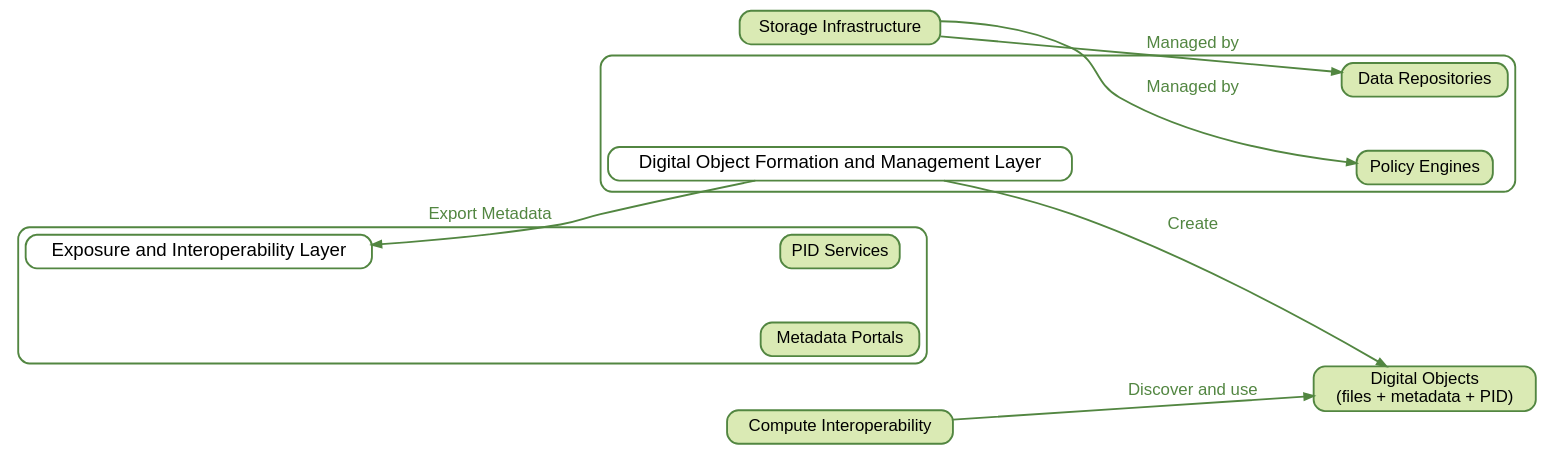
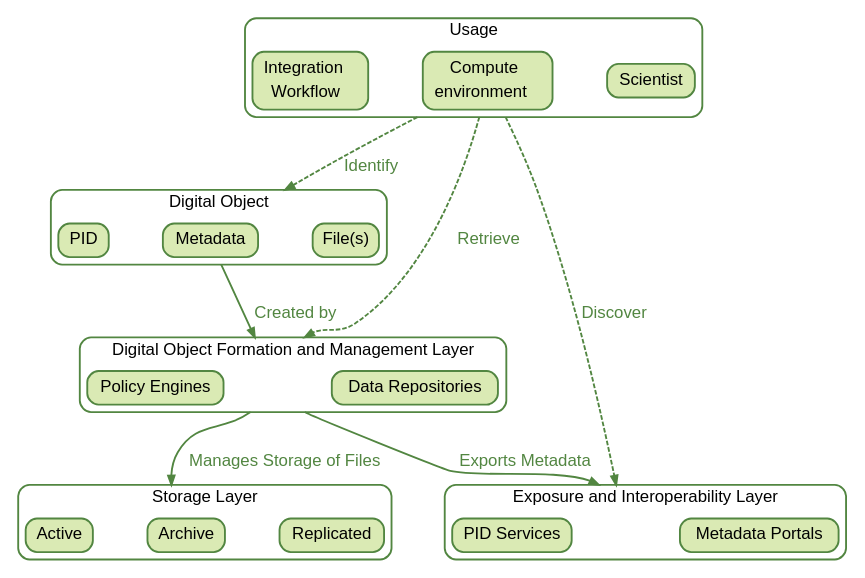
One commit to chStaiger/rdm-tech-foundations changed the diagram in book/rdm-infra-intro.qmd. Above: the diagram before and after it, drawn with Graphviz. The commit also changed other lines of this file, not shown here.

Commit message:
Review Intro to RDM infrastructure (#69)
* Improve text and figure

* minor fixes

---------

````diff
--- a/book/rdm-infra-intro.qmd
+++ b/book/rdm-infra-intro.qmd
@@ -30,12 +34,13 @@
 digraph rdm_layers {
 
     graph [
-        rankdir=LR,
+        rankdir=TB,
         bgcolor="white",
         fontname="Helvetica",
         fontsize=18,
         nodesep=0.8,
-        ranksep=1.4
+        ranksep=1.4,
+        compound=True
     ];
 
     node [
@@ -56,89 +61,84 @@
         penwidth=2
     ];
 
-    // ----------------------------------------------------
-    // Top: Digital Objects
-    // ----------------------------------------------------
-    DO [label="Digital Objects\n(files + metadata + PID)"];
-
-    // ----------------------------------------------------
-    // Exposure Layer
-    // ----------------------------------------------------
-    subgraph cluster_exposure {
-        label="";
+    subgraph cluster_compute {
         color="#528641";
         penwidth=2;
         style="rounded";
+        label="Usage"
 
-        ExposureHeader [
-            label="Exposure and Interoperability Layer",
-            shape=box,
-            style="rounded",
-            color="#528641",
-            fillcolor="white",
-            penwidth=2,
-            fontsize=20
-        ];
-
-        M [label="Metadata Portals"];
-        P [label="PID Services"];
-
-        // Vertical stacking
-        ExposureHeader -> M [style=invis, weight=50];
-        ExposureHeader -> P [style=invis, weight=50];
+        U [label="Scientist"];
+        W [label=<
+            <TABLE BORDER="0" CELLBORDER="0">
+            <TR><TD>Compute</TD></TR>
+            <TR><TD>environment</TD></TR>
+        </TABLE>
+        >];
+        Integration [label=<
+            <TABLE BORDER="0" CELLBORDER="0">
+            <TR><TD>Integration</TD></TR>
+            <TR><TD>Workflow</TD></TR>
+        </TABLE>
+        >];
     }
 
-    // ----------------------------------------------------
-    // Management Layer
-    // ----------------------------------------------------
-    subgraph cluster_management {
-        label="";
+    subgraph cluster_do {
         color="#528641";
         penwidth=2;
         style="rounded";
+        label="Digital Object"
 
-        ManagementHeader [
-            label="Digital Object Formation and Management Layer",
-            shape=box,
-            style="rounded",
-            color="#528641",
-            fillcolor="white",
-            penwidth=2,
-            fontsize=20
-        ];
+        F [label="File(s)"];
+        meta [label="Metadata"];
+        I [label="PID"]
+
+    }
+
+    subgraph cluster_storage {
+        color="#528641";
+        penwidth=2;
+        style="rounded";
+        label="Storage Layer"
+
+        S1 [label="Replicated"];
+        S2 [label="Archive"];
+        S3 [label="Active"]
+    }
+
+    subgraph cluster_management {
+        color="#528641";
+        penwidth=2;
+        style="rounded";
+        label="Digital Object Formation and Management Layer"
 
         R  [label="Data Repositories"];
+        spacer_m  [label="", style=invis, shape=point, width=0]
         PE [label="Policy Engines"];
-
-        // Vertical stacking
-        ManagementHeader -> R  [style=invis, weight=50];
-        ManagementHeader -> PE [style=invis, weight=50];
     }
 
-    // ----------------------------------------------------
-    // Storage Layer
-    // ----------------------------------------------------
-    S [label="Storage Infrastructure"];
+    subgraph cluster_exposure {
+        color="#528641";
+        penwidth=2;
+        style="rounded";
+        label="Exposure and Interoperability Layer"
 
-    // ----------------------------------------------------
-    // Compute Interoperability (side)
-    // ----------------------------------------------------
-    C [label="Compute Interoperability"];
+        M [label="Metadata Portals"];
+        spacer_e  [label="", style=invis, shape=point, width=0]
+        P [label="PID Services"];
+    }
 
-    // ----------------------------------------------------
-    // Align clusters horizontally (BT mode)
-    // ----------------------------------------------------
-    ExposureHeader   -> ManagementHeader [style=invis, weight=200];
+    W -> spacer_e [label="Discover", ltail="cluster_compute", lhead="cluster_exposure", style="dashed,rounded"];
+    W -> meta [label="Identify", ltail="cluster_compute", lhead="cluster_do", style="dashed,rounded"];
+    W -> spacer_m [label="Retrieve", ltail="cluster_compute", lhead="cluster_management", style="dashed,rounded"];
+    meta -> spacer_m [label="Created by", ltail="cluster_do", lhead="cluster_management"];
+    spacer_m -> spacer_e [label="Exports Metadata", ltail="cluster_management", lhead="cluster_exposure"];
+    spacer_m -> S2 [
+        label="Manages Storage of Files",
+        ltail="cluster_management",
+        lhead="cluster_storage",
+        labeldistance=1.5,
+        labelangle=180
+    ];
 
-    // ----------------------------------------------------
-    // Visible edges
-    // ----------------------------------------------------
-    S          -> PE [label="Managed by"];
-    S          -> R [label="Managed by"];
-    ManagementHeader -> ExposureHeader [label="Export Metadata"];
-    ManagementHeader -> DO             [label="Create"];
-    C          -> DO                   [label="Discover and use"];
 }
-
-
 ```
````
